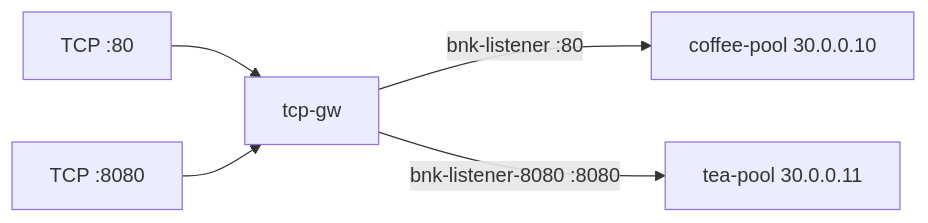
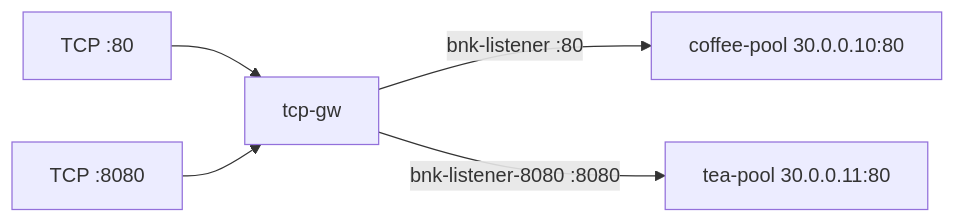
Before and after one commit to mink0119/2609_f5bnk: the diagram in Advanced_Feature/3.16_TCPRoute_Listener/README.md, drawn with Mermaid. The commit also changed other lines of this file and 80 other files, not shown here.

````diff
--- a/Advanced_Feature/3.16_TCPRoute_Listener/README.md
+++ b/Advanced_Feature/3.16_TCPRoute_Listener/README.md
@@ -7,7 +8,7 @@
 ```mermaid
 flowchart LR
   C80["TCP :80"] --> GW[tcp-gw]
   C8080["TCP :8080"] --> GW
-  GW -->|bnk-listener :80| P1["coffee-pool 30.0.0.10"]
-  GW -->|bnk-listener-8080 :8080| P2["tea-pool 30.0.0.11"]
+  GW -->|bnk-listener :80| P1["coffee-pool 30.0.0.10:80"]
+  GW -->|bnk-listener-8080 :8080| P2["tea-pool 30.0.0.11:80"]
 ```
````
